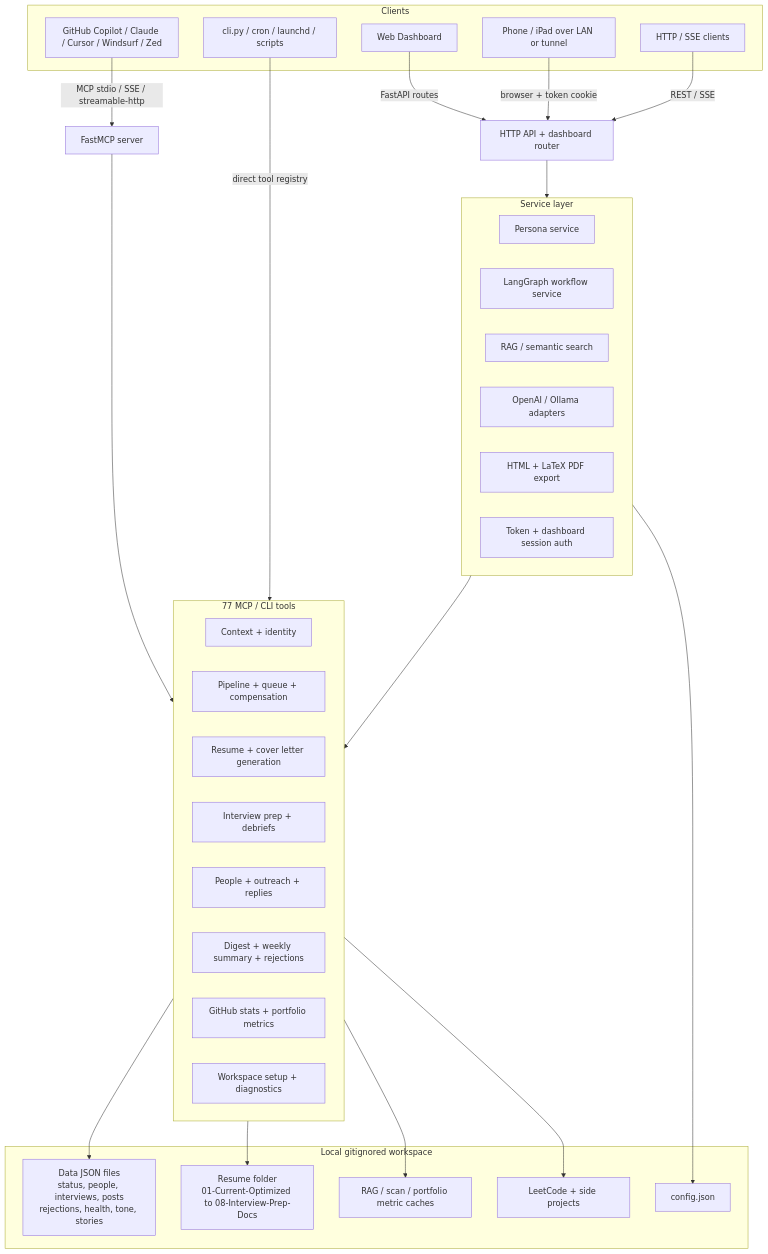
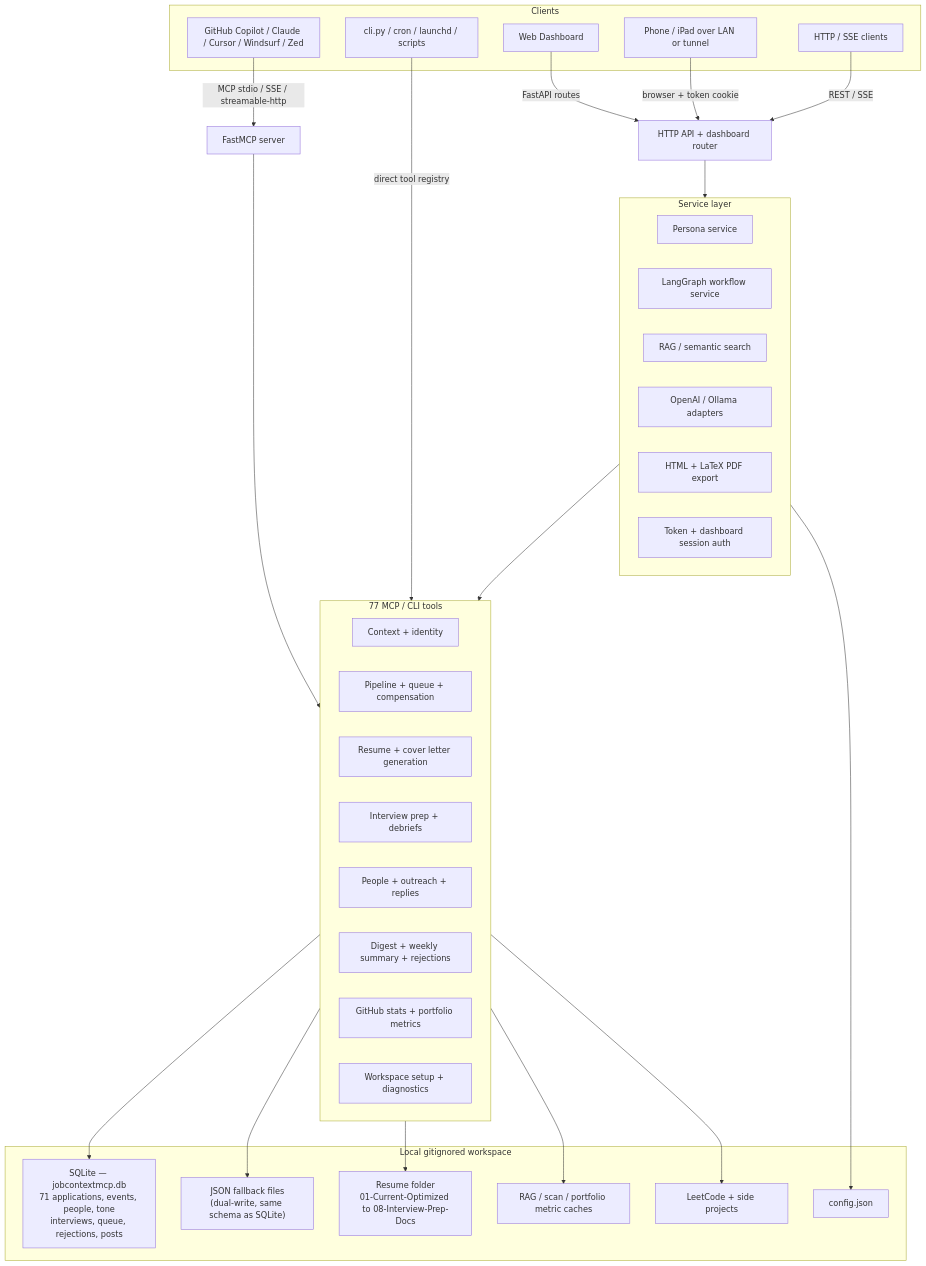
The first of 2 diagrams in README.md (JustLikeFrank3/jobContextMCP), drawn with Mermaid before and after one commit. The commit also changed other lines of this file and 3 other files, not shown here.

````diff
--- a/README.md
+++ b/README.md
@@ -89,54 +91,56 @@
 ```mermaid
 graph TB
   subgraph CLIENTS["Clients"]
     COPILOT["GitHub Copilot / Claude / Cursor / Windsurf / Zed"]
     CLI["cli.py / cron / launchd / scripts"]
     DASH["Web Dashboard"]
     PHONE["Phone / iPad over LAN or tunnel"]
     HTTPCLIENT["HTTP / SSE clients"]
   end
 
   COPILOT -->|"MCP stdio / SSE / streamable-http"| MCP["FastMCP server"]
   CLI -->|"direct tool registry"| TOOLS
   DASH -->|"FastAPI routes"| HTTP["HTTP API + dashboard router"]
   PHONE -->|"browser + token cookie"| HTTP
   HTTPCLIENT -->|"REST / SSE"| HTTP
 
   HTTP --> SERVICES
   MCP --> TOOLS
   SERVICES --> TOOLS
 
   subgraph SERVICES["Service layer"]
     PERSONA["Persona service"]
     WORKFLOW["LangGraph workflow service"]
     RAG["RAG / semantic search"]
     LLM["OpenAI / Ollama adapters"]
     PDF["HTML + LaTeX PDF export"]
     AUTH["Token + dashboard session auth"]
   end
 
   subgraph TOOLS["77 MCP / CLI tools"]
     CTX["Context + identity"]
     PIPE["Pipeline + queue + compensation"]
     DOCS["Resume + cover letter generation"]
     INTERVIEW["Interview prep + debriefs"]
     OUTREACH["People + outreach + replies"]
     ANALYTICS["Digest + weekly summary + rejections"]
     PORTFOLIO["GitHub stats + portfolio metrics"]
     SETUP["Workspace setup + diagnostics"]
   end
 
   subgraph FILES["Local gitignored workspace"]
     CONFIG["config.json"]
-    DATA["Data JSON files\nstatus, people, interviews, posts\nrejections, health, tone, stories"]
+    SQLITE["SQLite — jobcontextmcp.db\n71 applications, events, people, tone\ninterviews, queue, rejections, posts"]
+    DATA["JSON fallback files\n(dual-write, same schema as SQLite)"]
     MATERIALS["Resume folder\n01-Current-Optimized to 08-Interview-Prep-Docs"]
     INDEX["RAG / scan / portfolio metric caches"]
     PROJECTS["LeetCode + side projects"]
   end
 
   SERVICES --> CONFIG
+  TOOLS --> SQLITE
   TOOLS --> DATA
   TOOLS --> MATERIALS
   TOOLS --> INDEX
   TOOLS --> PROJECTS
 ```
````
